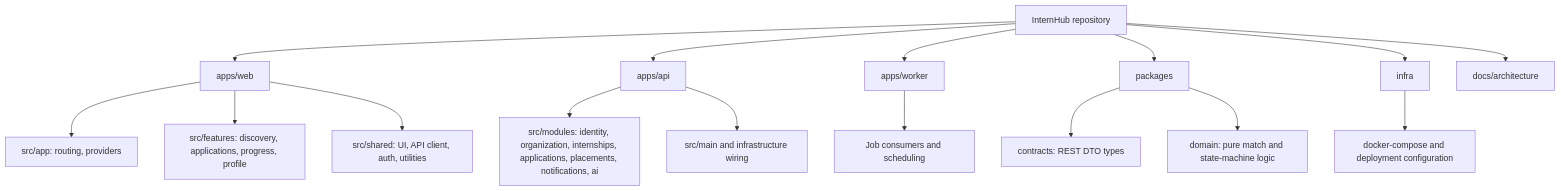
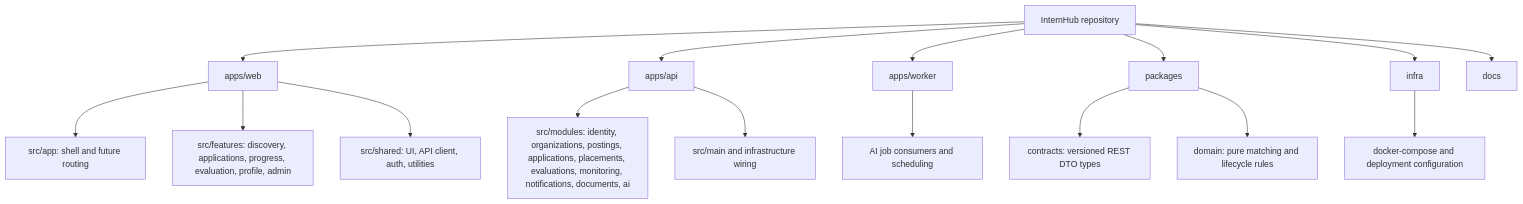
Before and after one commit to Binhdn04/DoanNhatBinh_PMDC_Intern_1109: the diagram in docs/architecture/c4/10-code-structure.md, drawn with Mermaid. The commit also changed other lines of this file and 19 other files, not shown here.

````diff
--- a/docs/architecture/c4/10-code-structure.md
+++ b/docs/architecture/c4/10-code-structure.md
@@ -3,19 +5,22 @@
 ```mermaid
 flowchart TB
   Root[InternHub repository]
   Root --> Web[apps/web]
   Root --> API[apps/api]
   Root --> Worker[apps/worker]
   Root --> Packages[packages]
   Root --> Infra[infra]
-  Root --> Docs[docs/architecture]
-  Web --> WebApp[src/app: routing, providers]
-  Web --> Features[src/features: discovery, applications, progress, profile]
+  Root --> Docs[docs]
+
+  Web --> WebApp[src/app: shell and future routing]
+  Web --> Features[src/features: discovery, applications, progress, evaluation, profile, admin]
   Web --> Shared[src/shared: UI, API client, auth, utilities]
-  API --> Modules[src/modules: identity, organization, internships, applications, placements, notifications, ai]
+
+  API --> Modules[src/modules: identity, organizations, postings, applications, placements, evaluations, monitoring, notifications, documents, ai]
   API --> Bootstrap[src/main and infrastructure wiring]
-  Worker --> Consumers[Job consumers and scheduling]
-  Packages --> Contracts[contracts: REST DTO types]
-  Packages --> Domain[domain: pure match and state-machine logic]
+  Worker --> Consumers[AI job consumers and scheduling]
+
+  Packages --> Contracts[contracts: versioned REST DTO types]
+  Packages --> Domain[domain: pure matching and lifecycle rules]
   Infra --> Compose[docker-compose and deployment configuration]
 ```
````
